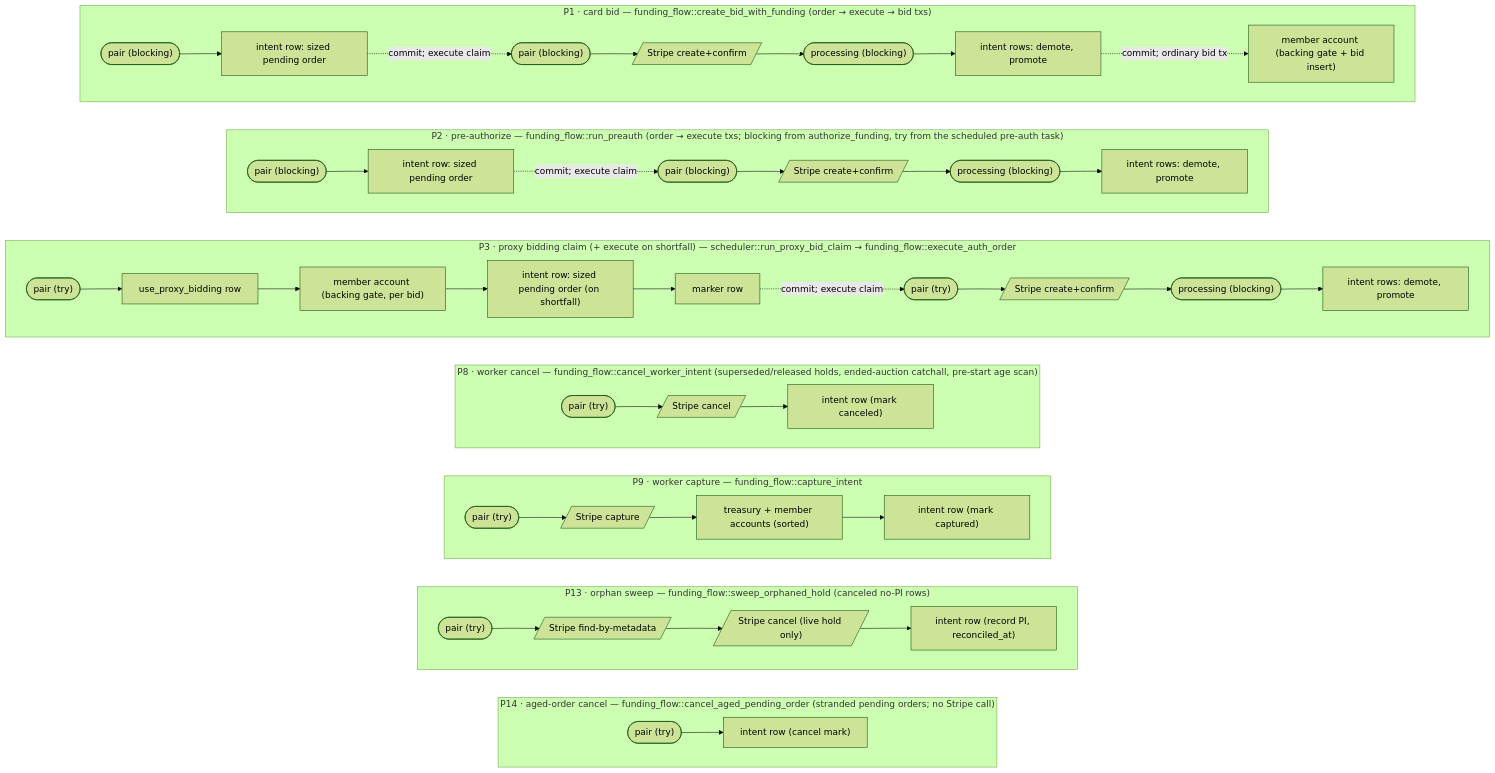
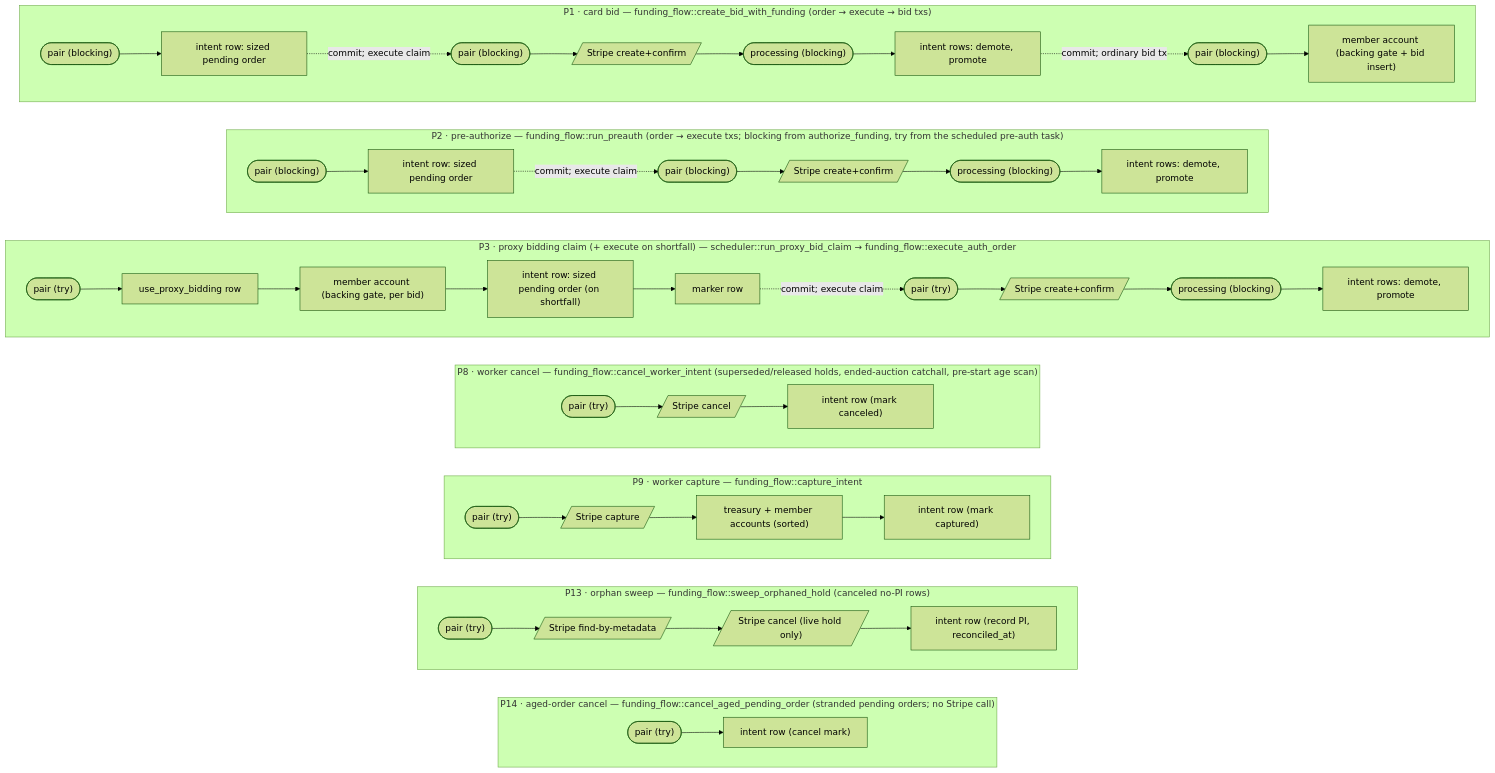
Before and after one commit to 10log10/tinylvt: the first of 3 diagrams in api/CONCURRENCY.md, drawn with Mermaid (forest theme). The commit also changed other lines of this file and 79 other files, not shown here.

````diff
--- a/api/CONCURRENCY.md
+++ b/api/CONCURRENCY.md
@@ -304,52 +320,53 @@
 ```mermaid
 flowchart TB
   subgraph P1 ["P1 · card bid — funding_flow::create_bid_with_funding (order → execute → bid txs)"]
     direction LR
     p1a(["pair (blocking)"]) --> p1o["intent row: sized pending order"]
     p1o -. "commit; execute claim" .-> p1b(["pair (blocking)"])
     p1b --> p1s[/"Stripe create+confirm"/]
     p1s --> p1p(["processing (blocking)"])
     p1p --> p1i["intent rows: demote, promote"]
-    p1i -. "commit; ordinary bid tx" .-> p1c["member account (backing gate + bid insert)"]
+    p1i -. "commit; ordinary bid tx" .-> p1z(["pair (blocking)"])
+    p1z --> p1c["member account (backing gate + bid insert)"]
   end
   subgraph P2 ["P2 · pre-authorize — funding_flow::run_preauth (order → execute txs; blocking from authorize_funding, try from the scheduled pre-auth task)"]
     direction LR
     p2a(["pair (blocking)"]) --> p2o["intent row: sized pending order"]
     p2o -. "commit; execute claim" .-> p2b(["pair (blocking)"])
     p2b --> p2s[/"Stripe create+confirm"/]
     p2s --> p2p(["processing (blocking)"])
     p2p --> p2i["intent rows: demote, promote"]
   end
   subgraph P3 ["P3 · proxy bidding claim (+ execute on shortfall) — scheduler::run_proxy_bid_claim → funding_flow::execute_auth_order"]
     direction LR
     p3a(["pair (try)"]) --> p3u["use_proxy_bidding row"]
     p3u --> p3c["member account (backing gate, per bid)"]
     p3c --> p3o["intent row: sized pending order (on shortfall)"]
     p3o --> p3m["marker row"]
     p3m -. "commit; execute claim" .-> p3b(["pair (try)"])
     p3b --> p3s[/"Stripe create+confirm"/]
     p3s --> p3p(["processing (blocking)"])
     p3p --> p3i["intent rows: demote, promote"]
   end
   subgraph P8 ["P8 · worker cancel — funding_flow::cancel_worker_intent (superseded/released holds, ended-auction catchall, pre-start age scan)"]
     direction LR
     p8a(["pair (try)"]) --> p8s[/"Stripe cancel"/] --> p8i["intent row (mark canceled)"]
   end
   subgraph P9 ["P9 · worker capture — funding_flow::capture_intent"]
     direction LR
     p9a(["pair (try)"]) --> p9s[/"Stripe capture"/]
     p9s --> p9c["treasury + member accounts (sorted)"]
     p9c --> p9i["intent row (mark captured)"]
   end
   subgraph P13 ["P13 · orphan sweep — funding_flow::sweep_orphaned_hold (canceled no-PI rows)"]
     direction LR
     p13a(["pair (try)"]) --> p13s[/"Stripe find-by-metadata"/]
     p13s --> p13c[/"Stripe cancel (live hold only)"/]
     p13c --> p13i["intent row (record PI, reconciled_at)"]
   end
   subgraph P14 ["P14 · aged-order cancel — funding_flow::cancel_aged_pending_order (stranded pending orders; no Stripe call)"]
     direction LR
     p14a(["pair (try)"]) --> p14i["intent row (cancel mark)"]
   end
   P1 ~~~ P2 ~~~ P3 ~~~ P8 ~~~ P9 ~~~ P13 ~~~ P14
 ```
````
